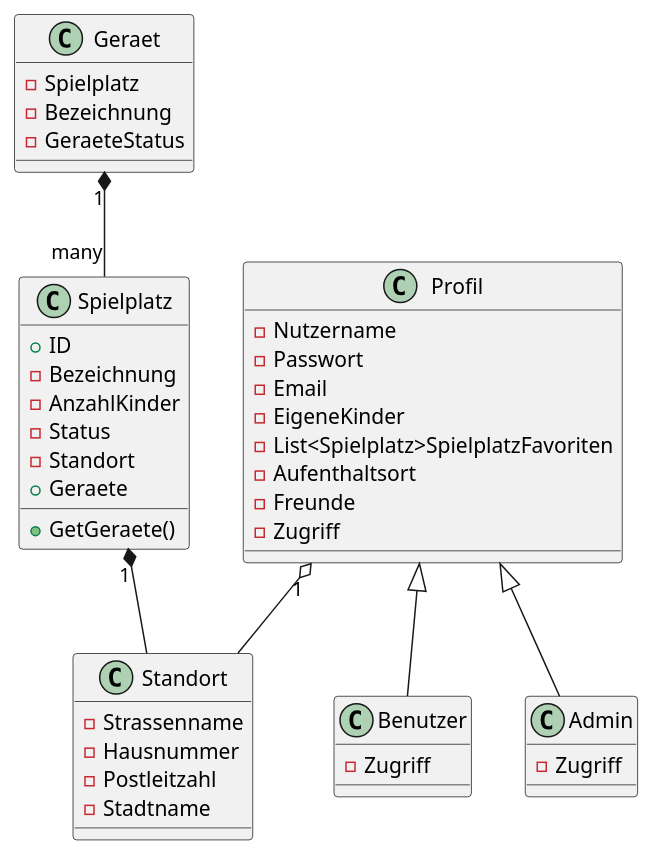
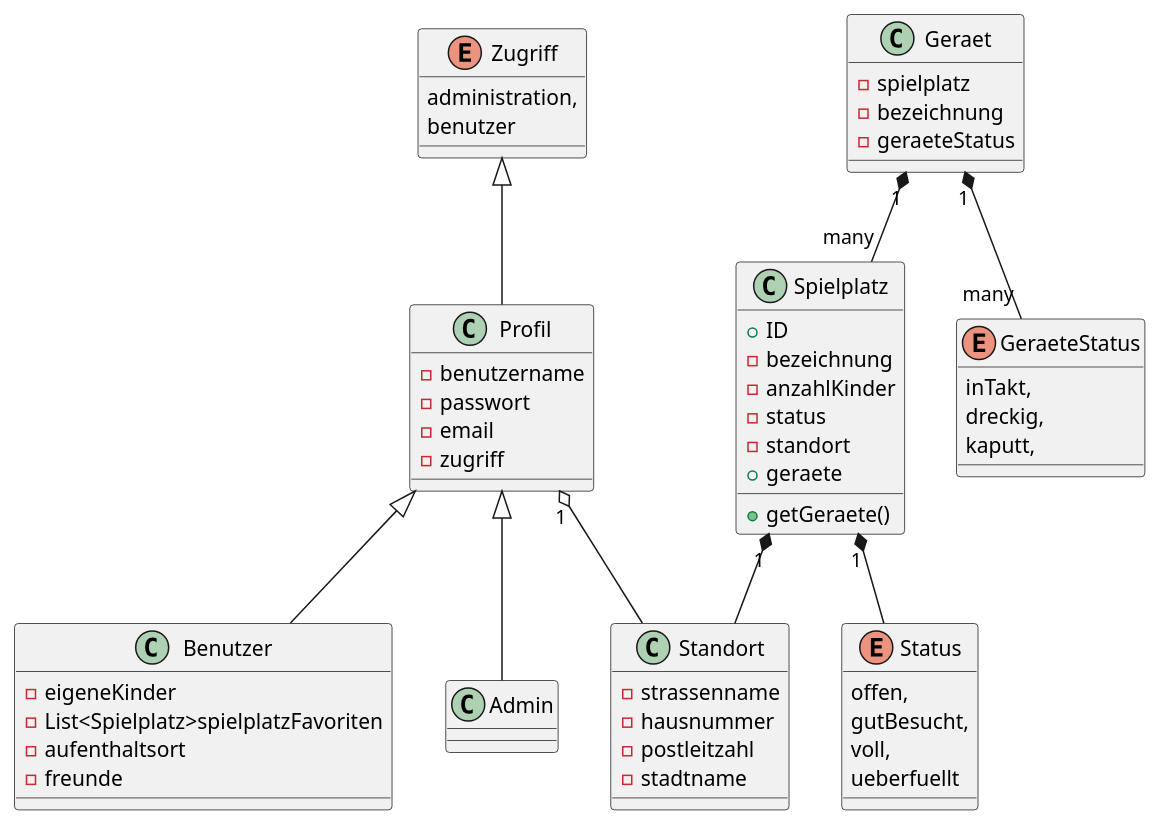
The diagram in Diagramm.iuml (fh-erfurt/Project-Playground), drawn with PlantUML before and after one commit. The commit also changed 4 other files, not shown here.

```diff
--- a/Diagramm.iuml
+++ b/Diagramm.iuml
@@ -1,47 +1,65 @@
 @startuml
 class Spielplatz {
   +ID
-  -Bezeichnung
-  -AnzahlKinder
-  -Status
-  -Standort
-  +Geraete
-  +GetGeraete()
+  -bezeichnung
+  -anzahlKinder
+  -status
+  -standort
+  +geraete
+  +getGeraete()
 }
 
 class Standort{
--Strassenname
--Hausnummer
--Postleitzahl
--Stadtname
+-strassenname
+-hausnummer
+-postleitzahl
+-stadtname
 }
 
 class Geraet{
--Spielplatz
--Bezeichnung
--GeraeteStatus
+-spielplatz
+-bezeichnung
+-geraeteStatus
+}
+enum GeraeteStatus{
+ inTakt,
+ dreckig,
+ kaputt,
+}
+enum Status{
+ offen,
+ gutBesucht,
+ voll,
+ ueberfuellt
+}
+enum Zugriff{
+ administration,
+ benutzer
 }
 
 class Profil{
--Nutzername
--Passwort
--Email
--EigeneKinder
--List<Spielplatz>SpielplatzFavoriten
--Aufenthaltsort
--Freunde
--Zugriff
+-benutzername
+-passwort
+-email
+-zugriff
 }
+
 class Benutzer{
--Zugriff
+-eigeneKinder
+-List<Spielplatz>spielplatzFavoriten
+-aufenthaltsort
+-freunde
 }
+
 class Admin{
--Zugriff
 }
 
 Profil <|--Benutzer
 Profil <|--Admin
 Spielplatz "1" *-- Standort
+Spielplatz "1" *-- Status
 Profil "1" o-- Standort
+Zugriff <|-- Profil
 Geraet "1" *-- "many" Spielplatz
+Geraet "1" *-- "many" GeraeteStatus
 @enduml
```
